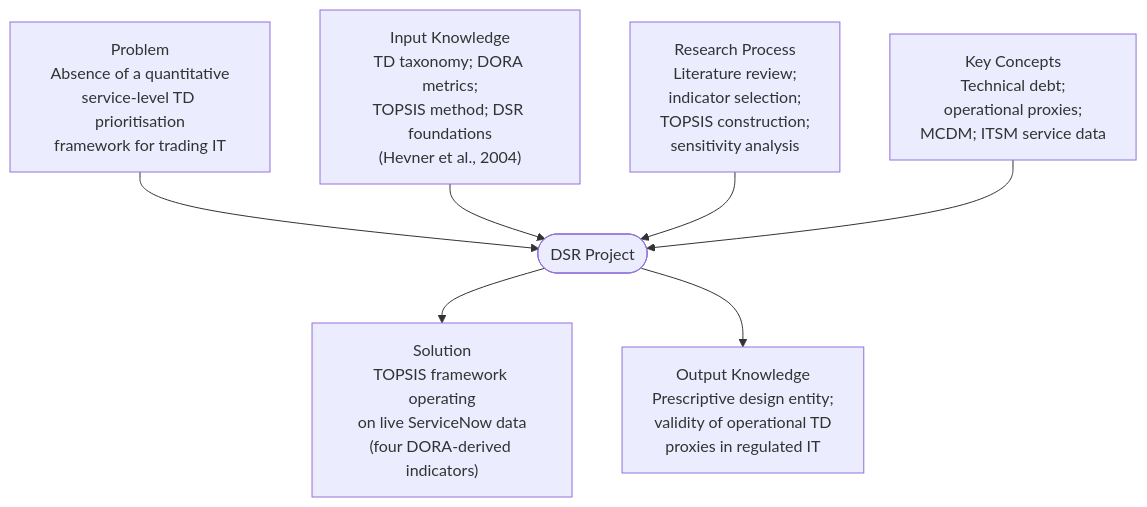
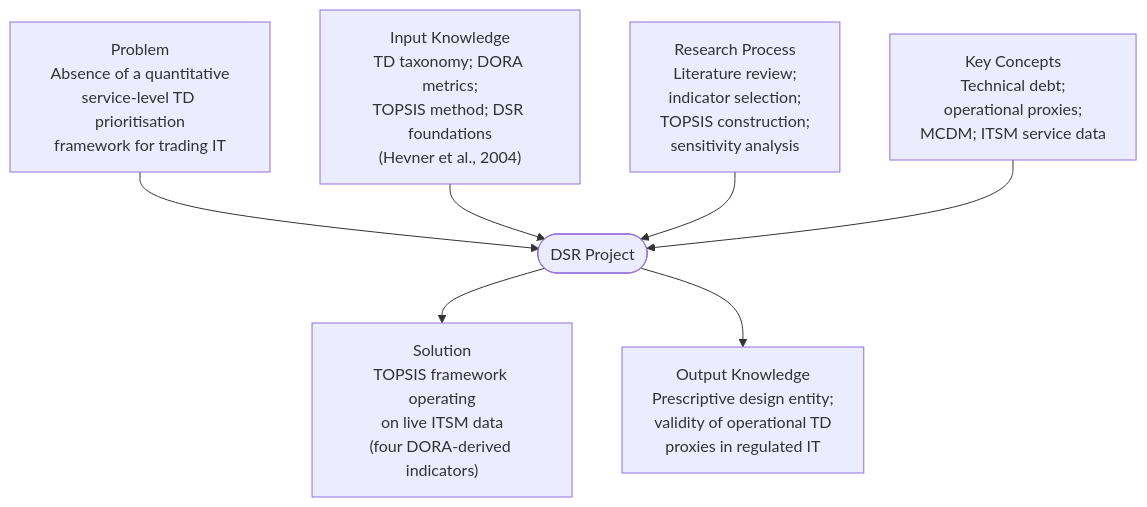
The first of 2 diagrams in MScProject/Chapters/3-methodology.qmd (TobiZeier/MScProject), drawn with Mermaid before and after one commit. The commit also changed 3 other files, not shown here.

````diff
--- a/MScProject/Chapters/3-methodology.qmd
+++ b/MScProject/Chapters/3-methodology.qmd
@@ -30,21 +30,21 @@
 ```{mermaid}
 %%| label: fig-dsr-grid
 %%| fig-cap: "DSR Grid for the present study, adapted from vom Brocke, Hevner and Maedche (2020)"
 %%| fig-width: 6
 
 graph TD
     P["Problem<br/>Absence of a quantitative<br/>service-level TD prioritisation<br/>framework for trading IT"]
     IK["Input Knowledge<br/>TD taxonomy; DORA metrics;<br/>TOPSIS method; DSR foundations<br/>(Hevner et al., 2004)"]
     RP["Research Process<br/>Literature review;<br/>indicator selection;<br/>TOPSIS construction;<br/>sensitivity analysis"]
     KC["Key Concepts<br/>Technical debt;<br/>operational proxies;<br/>MCDM; ITSM service data"]
     DSR(["DSR Project"])
-    S["Solution<br/>TOPSIS framework operating<br/>on live ServiceNow data<br/>(four DORA-derived indicators)"]
+    S["Solution<br/>TOPSIS framework operating<br/>on live ITSM data<br/>(four DORA-derived indicators)"]
     OK["Output Knowledge<br/>Prescriptive design entity;<br/>validity of operational TD<br/>proxies in regulated IT"]
 
     P --> DSR
     IK --> DSR
     RP --> DSR
     KC --> DSR
     DSR --> S
     DSR --> OK
 ```
````
